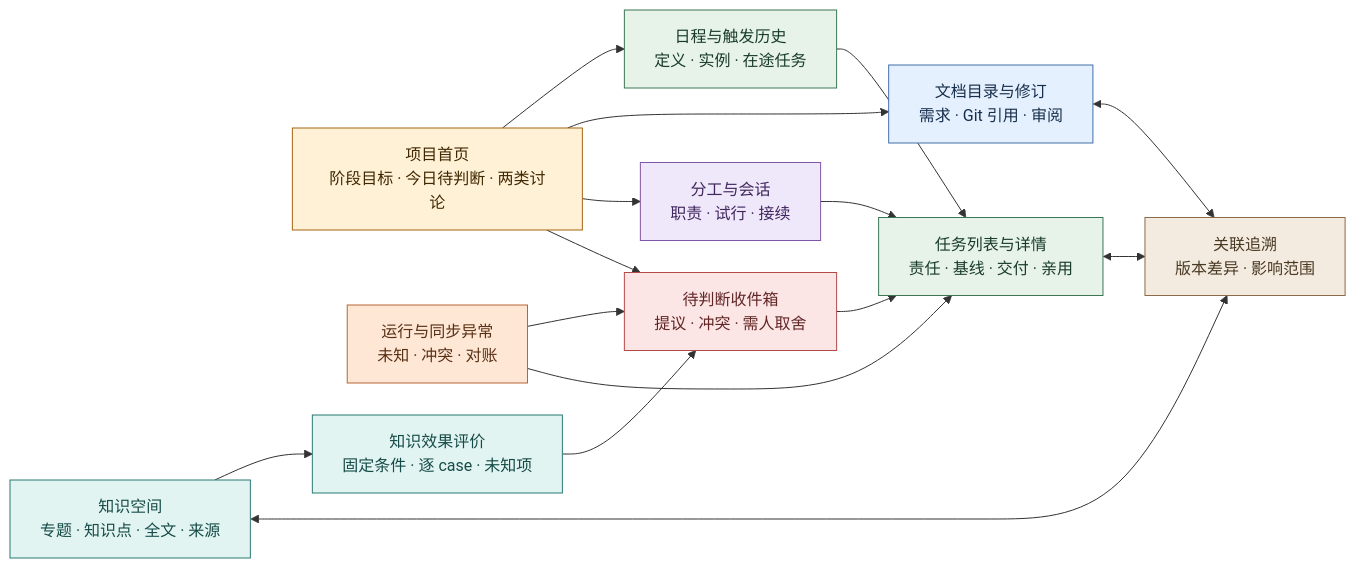
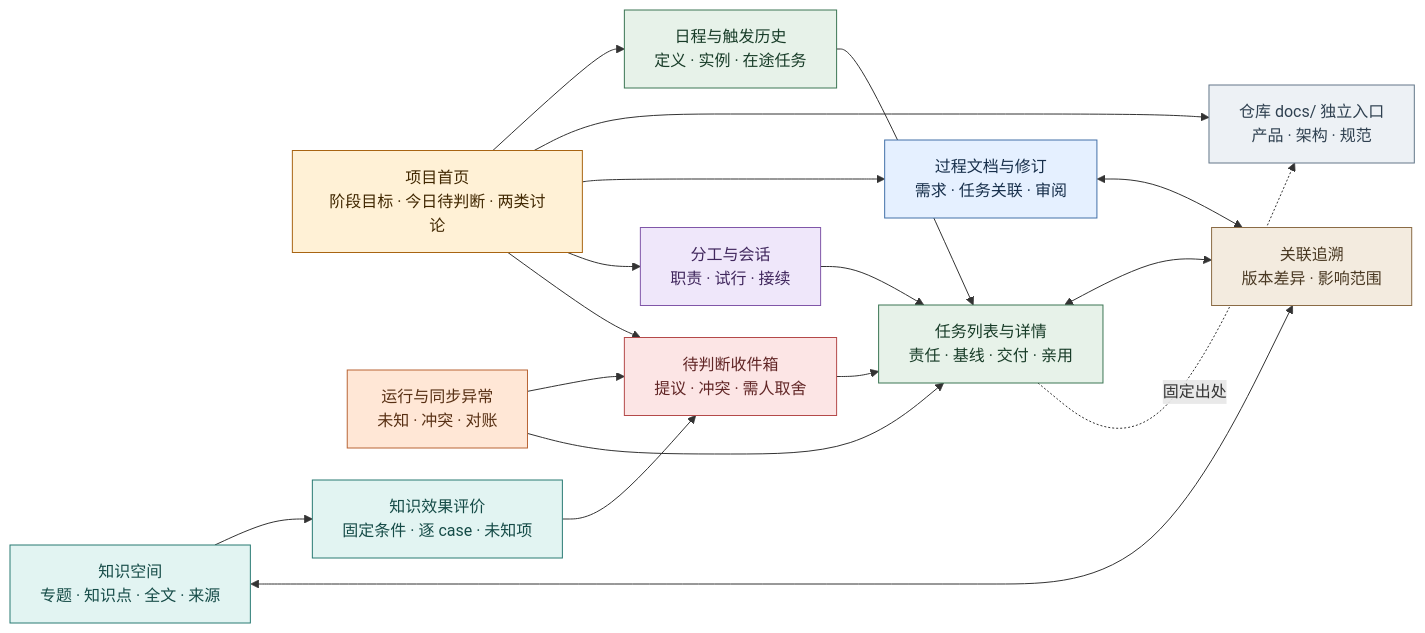
The first of 3 diagrams in docs/product/workbench.md (cyl19970726/evoLoop), drawn with Mermaid before and after one commit. The commit also changed other lines of this file and 17 other files, not shown here.

````diff
--- a/docs/product/workbench.md
+++ b/docs/product/workbench.md
@@ -13,33 +13,37 @@
 ```mermaid
 %%{init: {"flowchart":{"wrappingWidth":230,"nodeSpacing":32,"rankSpacing":42}}}%%
 flowchart LR
   H["项目首页<br/>阶段目标 · 今日待判断 · 两类讨论"]:::entry
   I["待判断收件箱<br/>提议 · 冲突 · 需人取舍"]:::decision
   T["任务列表与详情<br/>责任 · 基线 · 交付 · 亲用"]:::work
-  D["文档目录与修订<br/>需求 · Git 引用 · 审阅"]:::document
+  D["过程文档与修订<br/>需求 · 任务关联 · 审阅"]:::document
+  R["仓库 docs/ 独立入口<br/>产品 · 架构 · 规范"]:::repo
   K["知识空间<br/>专题 · 知识点 · 全文 · 来源"]:::knowledge
   S["分工与会话<br/>职责 · 试行 · 接续"]:::people
   X["关联追溯<br/>版本差异 · 影响范围"]:::trace
   O["运行与同步异常<br/>未知 · 冲突 · 对账"]:::alert
   U["日程与触发历史<br/>定义 · 实例 · 在途任务"]:::work
   E["知识效果评价<br/>固定条件 · 逐 case · 未知项"]:::knowledge
   H --> I --> T
   H --> S
   H --> D
+  H --> R
+  T -.->|固定出处| R
   T <--> X
   D <--> X
   K <--> X
   S --> T
   O --> T
   O --> I
   H --> U --> T
   K --> E --> I
   classDef entry fill:#FFF1D6,stroke:#A86412,color:#402700
   classDef decision fill:#FCE5E5,stroke:#B44949,color:#612626
   classDef work fill:#E7F2E9,stroke:#3C7654,color:#183C28
   classDef document fill:#E5F0FF,stroke:#4270A8,color:#172F4B
+  classDef repo fill:#EDF1F5,stroke:#647789,color:#2F4050
   classDef knowledge fill:#E2F4F2,stroke:#297A73,color:#154B47
   classDef people fill:#EFE7FA,stroke:#8056A8,color:#40275D
   classDef trace fill:#F3EBDF,stroke:#8A6B45,color:#493822
   classDef alert fill:#FFE7D6,stroke:#B96535,color:#583014
 ```
````
